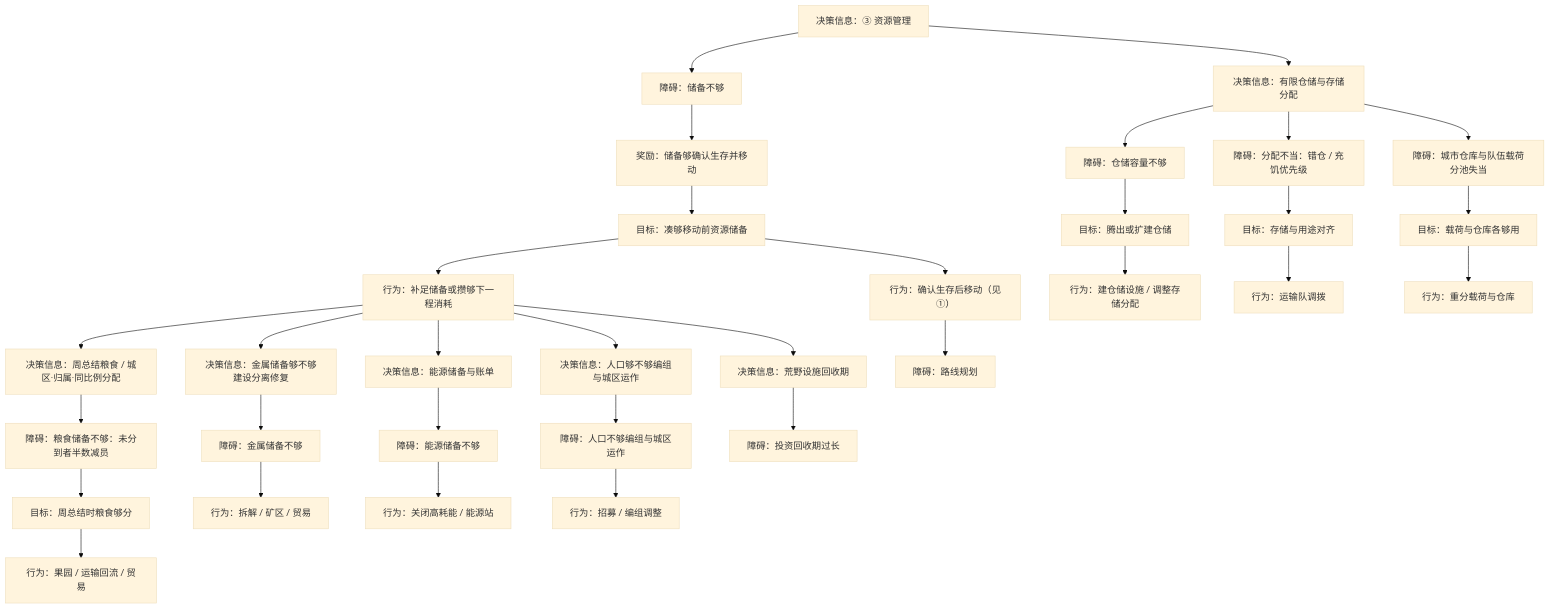
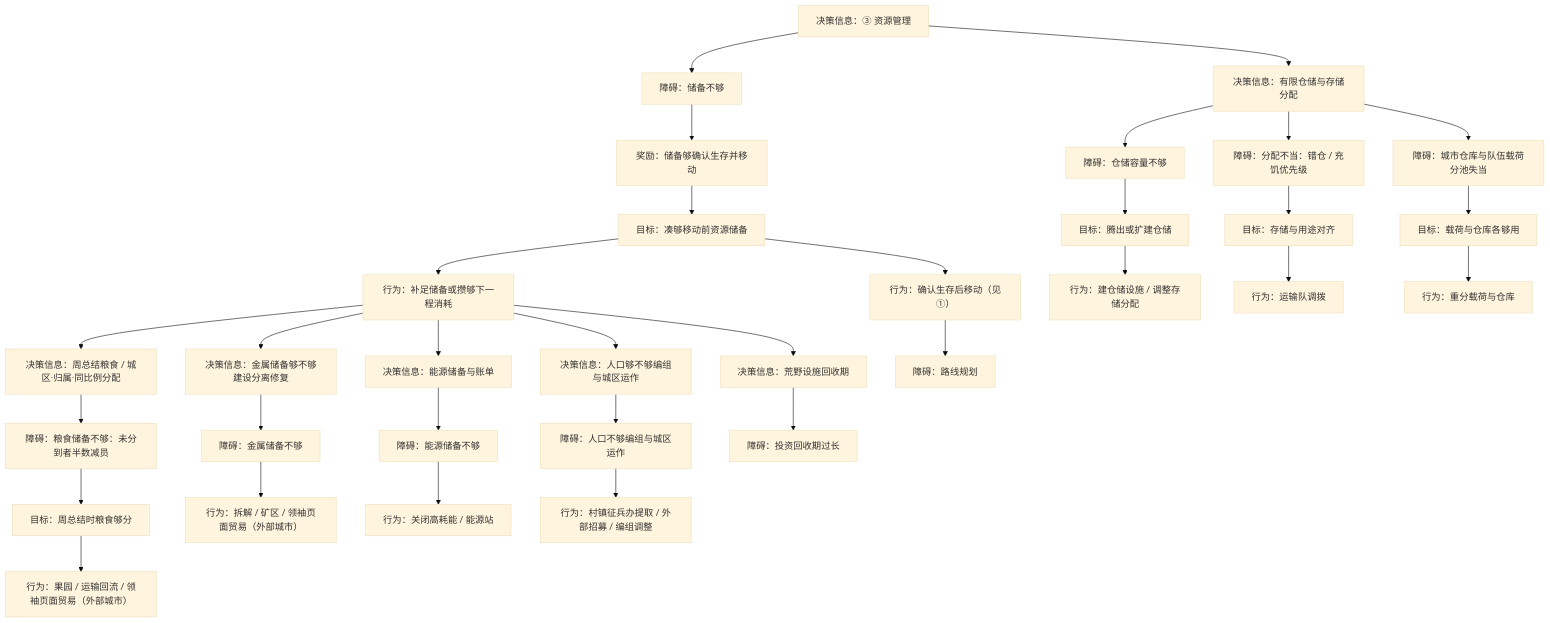
One commit to Estrella6066773/DriveToLight changed the fifth of 8 diagrams in Docs/01-草稿/交互链-循光之城.md. Above: the diagram before and after it, drawn with Mermaid (base theme). The commit also changed other lines of this file and 16 other files, not shown here.

````diff
--- a/Docs/01-草稿/交互链-循光之城.md
+++ b/Docs/01-草稿/交互链-循光之城.md
@@ -511,35 +511,35 @@
 ```mermaid
 flowchart TD
   D3["决策信息：③ 资源管理"]
   D3 --> O3a["障碍：储备不够"]
   O3a --> R3["奖励：储备够确认生存并移动"]
   R3 --> G3["目标：凑够移动前资源储备"]
   G3 --> A3["行为：补足储备或攒够下一程消耗"]
   D3 --> D3store["决策信息：有限仓储与存储分配"]
   D3store --> O3s1["障碍：仓储容量不够"]
   D3store --> O3s2["障碍：分配不当：错仓 / 充饥优先级"]
   D3store --> O3s3["障碍：城市仓库与队伍载荷分池失当"]
   O3s1 --> G3s1["目标：腾出或扩建仓储"]
   G3s1 --> A3s1["行为：建仓储设施 / 调整存储分配"]
   O3s2 --> G3s2["目标：存储与用途对齐"]
   G3s2 --> A3s2["行为：运输队调拨"]
   O3s3 --> G3s3["目标：载荷与仓库各够用"]
   G3s3 --> A3s3["行为：重分载荷与仓库"]
   A3 --> D3f["决策信息：周总结粮食 / 城区·归属·同比例分配"]
   D3f --> O3b["障碍：粮食储备不够：未分到者半数减员"]
   O3b --> G3f["目标：周总结时粮食够分"]
-  G3f --> A3f["行为：果园 / 运输回流 / 贸易"]
+  G3f --> A3f["行为：果园 / 运输回流 / 领袖页面贸易（外部城市）"]
   A3 --> D3m["决策信息：金属储备够不够建设分离修复"]
   D3m --> O3c["障碍：金属储备不够"]
-  O3c --> A3m["行为：拆解 / 矿区 / 贸易"]
+  O3c --> A3m["行为：拆解 / 矿区 / 领袖页面贸易（外部城市）"]
   A3 --> D3e["决策信息：能源储备与账单"]
   D3e --> O3d["障碍：能源储备不够"]
   O3d --> A3e["行为：关闭高耗能 / 能源站"]
   A3 --> D3p["决策信息：人口够不够编组与城区运作"]
   D3p --> O3e["障碍：人口不够编组与城区运作"]
-  O3e --> A3p["行为：招募 / 编组调整"]
+  O3e --> A3p["行为：村镇征兵办提取 / 外部招募 / 编组调整"]
   A3 --> D3w["决策信息：荒野设施回收期"]
   D3w --> O3f["障碍：投资回收期过长"]
   G3 --> A3move["行为：确认生存后移动（见①）"]
   A3move --> O_rp3["障碍：路线规划"]
 ```
````
